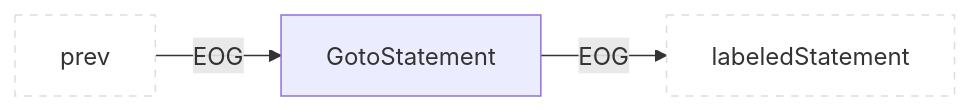
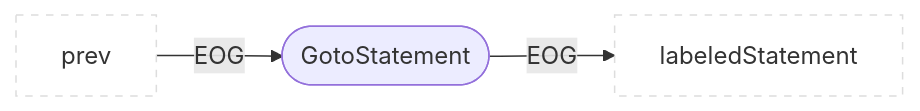
Diagram 22 of 36 in cpg-core/specifications/eog.md (Fraunhofer-AISEC/cpg), drawn with Mermaid before and after one commit. The commit also changed other lines of this file, not shown here.

````diff
--- a/cpg-core/specifications/eog.md
+++ b/cpg-core/specifications/eog.md
@@ -364,7 +423,6 @@
 ```mermaid
 flowchart LR
   classDef outer fill:#fff,stroke:#ddd,stroke-dasharray:5 5;
-  prev:::outer --EOG--> child["GotoStatement"]
+  prev:::outer --EOG--> child(["GotoStatement"])
   child --EOG--> labeledStatement:::outer
-
 ```
````
